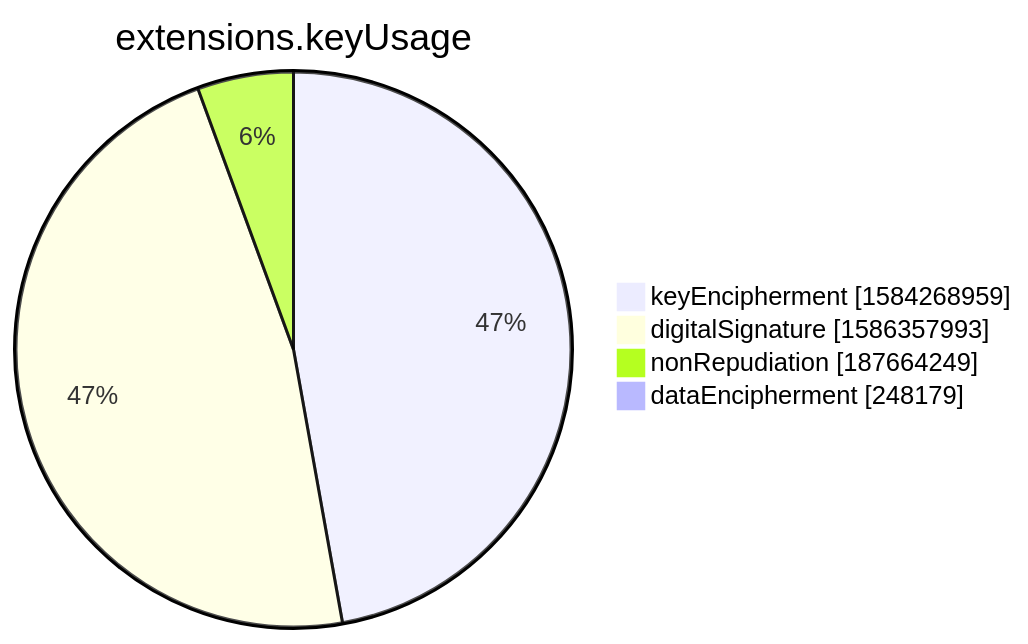
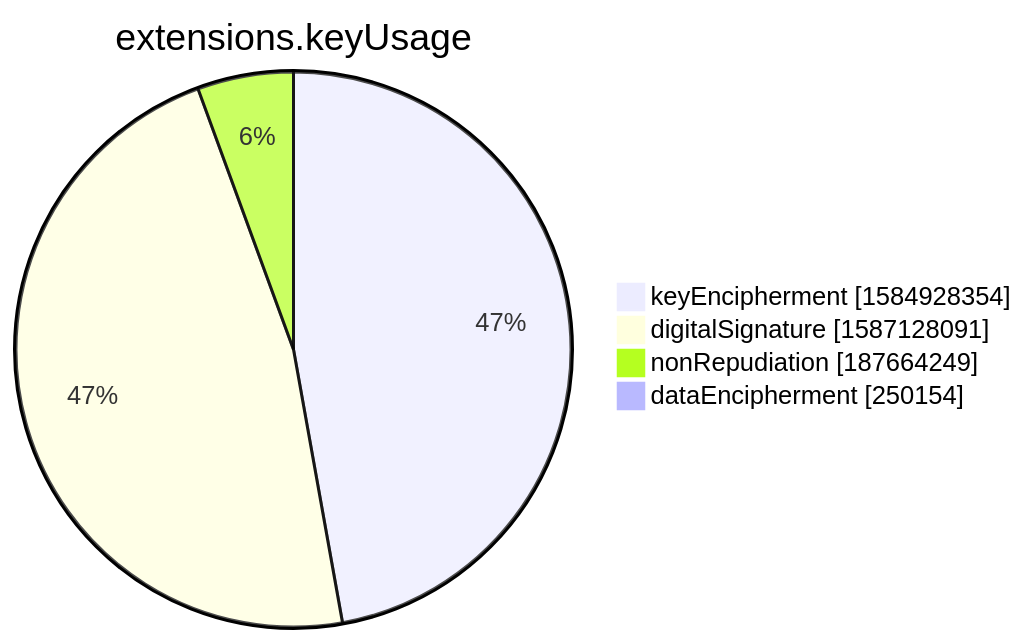
The seventh of 15 diagrams in xenon2022/README.md (christiankrug/ctmonitor_visualization), drawn with Mermaid before and after one commit. The commit also changed other lines of this file, not shown here.

````diff
--- a/xenon2022/README.md
+++ b/xenon2022/README.md
@@ -2854,8 +2854,8 @@
 ```mermaid
 pie showData
 title extensions.keyUsage
-"keyEncipherment" :1584268959
-"digitalSignature" :1586357993
+"keyEncipherment" :1584928354
+"digitalSignature" :1587128091
 "nonRepudiation" :187664249
-"dataEncipherment" :248179
+"dataEncipherment" :250154
 ```
````
